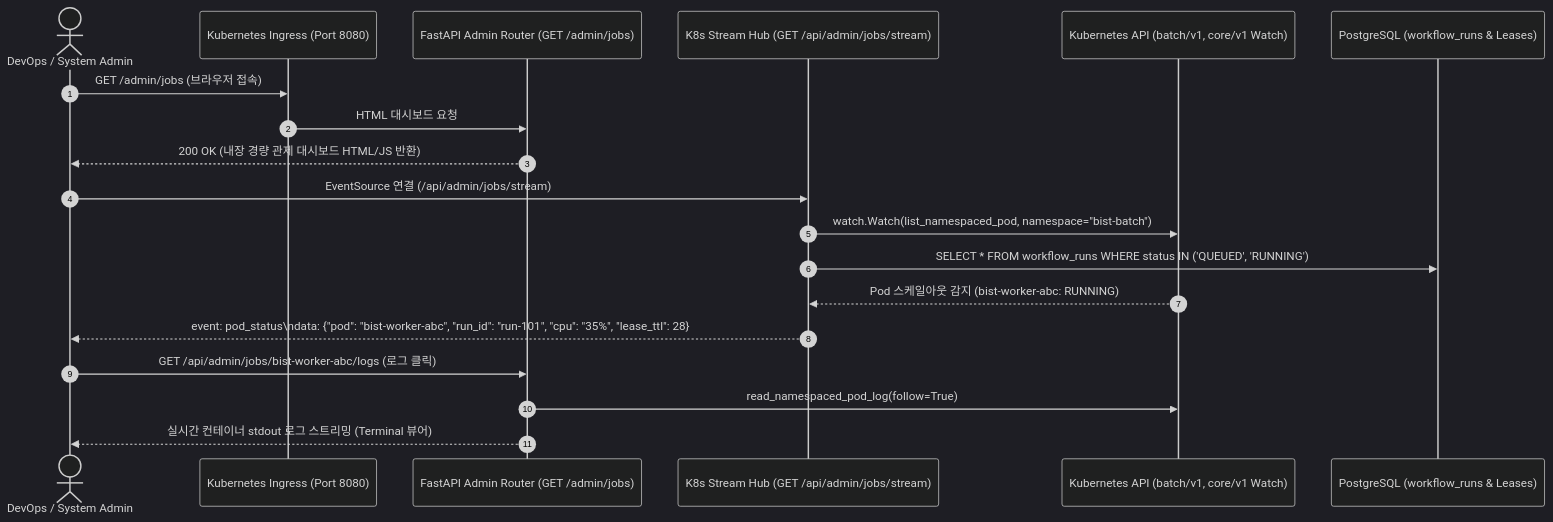
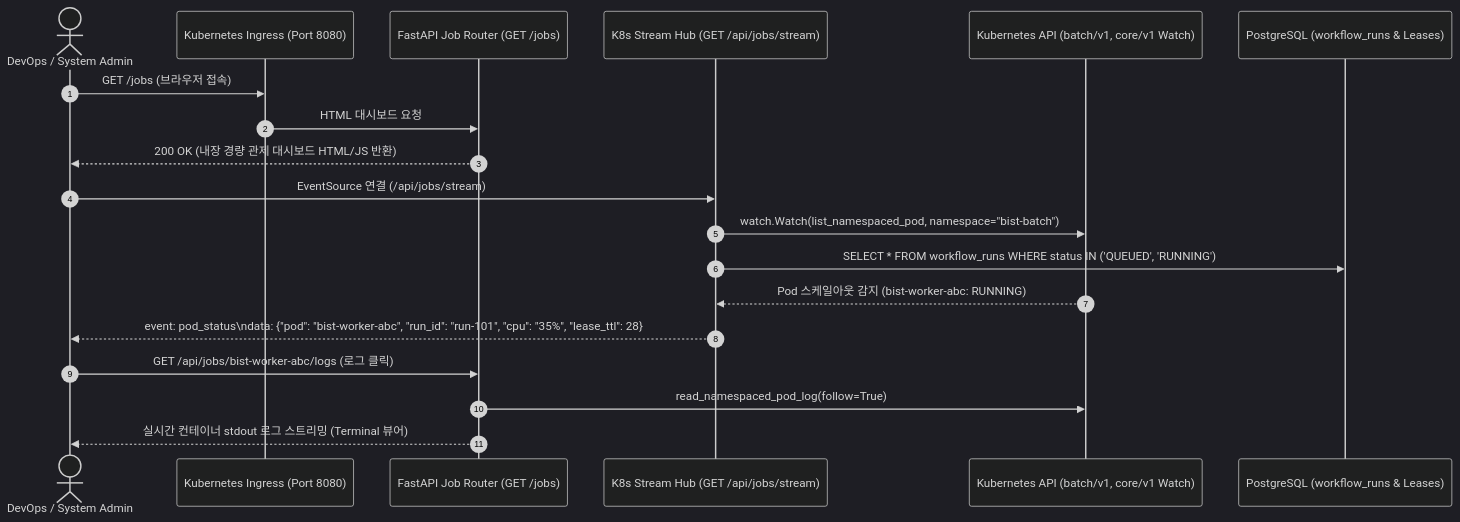
One commit to bist-mini-final/bist-mini-final changed the third of 3 diagrams in docs/01_system_blueprints/BP-104_deployment_and_infra_topology.md. Above: the diagram before and after it, drawn with Mermaid (dark theme). The commit also changed other lines of this file and 2 other files, not shown here.

Commit message:
docs: streamline K8s job dashboard to flat root endpoint /jobs aligned with /docs and /redoc

````diff
--- a/docs/01_system_blueprints/BP-104_deployment_and_infra_topology.md
+++ b/docs/01_system_blueprints/BP-104_deployment_and_infra_topology.md
@@ -124,25 +124,25 @@
 ```mermaid
 sequenceDiagram
     autonumber
     actor Admin as DevOps / System Admin
     participant Ingress as Kubernetes Ingress (Port 8080)
-    participant FastAPI as FastAPI Admin Router (GET /admin/jobs)
-    participant SSE as K8s Stream Hub (GET /api/admin/jobs/stream)
+    participant FastAPI as FastAPI Job Router (GET /jobs)
+    participant SSE as K8s Stream Hub (GET /api/jobs/stream)
     participant K8s as Kubernetes API (batch/v1, core/v1 Watch)
     participant DB as PostgreSQL (workflow_runs & Leases)
 
-    Admin->>Ingress: GET /admin/jobs (브라우저 접속)
+    Admin->>Ingress: GET /jobs (브라우저 접속)
     Ingress->>FastAPI: HTML 대시보드 요청
     FastAPI-->>Admin: 200 OK (내장 경량 관제 대시보드 HTML/JS 반환)
 
-    Admin->>SSE: EventSource 연결 (/api/admin/jobs/stream)
+    Admin->>SSE: EventSource 연결 (/api/jobs/stream)
     SSE->>K8s: watch.Watch(list_namespaced_pod, namespace="bist-batch")
     SSE->>DB: SELECT * FROM workflow_runs WHERE status IN ('QUEUED', 'RUNNING')
 
     K8s-->>SSE: Pod 스케일아웃 감지 (bist-worker-abc: RUNNING)
     SSE-->>Admin: event: pod_status\ndata: {"pod": "bist-worker-abc", "run_id": "run-101", "cpu": "35%", "lease_ttl": 28}
 
-    Admin->>FastAPI: GET /api/admin/jobs/bist-worker-abc/logs (로그 클릭)
+    Admin->>FastAPI: GET /api/jobs/bist-worker-abc/logs (로그 클릭)
     FastAPI->>K8s: read_namespaced_pod_log(follow=True)
     FastAPI-->>Admin: 실시간 컨테이너 stdout 로그 스트리밍 (Terminal 뷰어)
 ```
````
